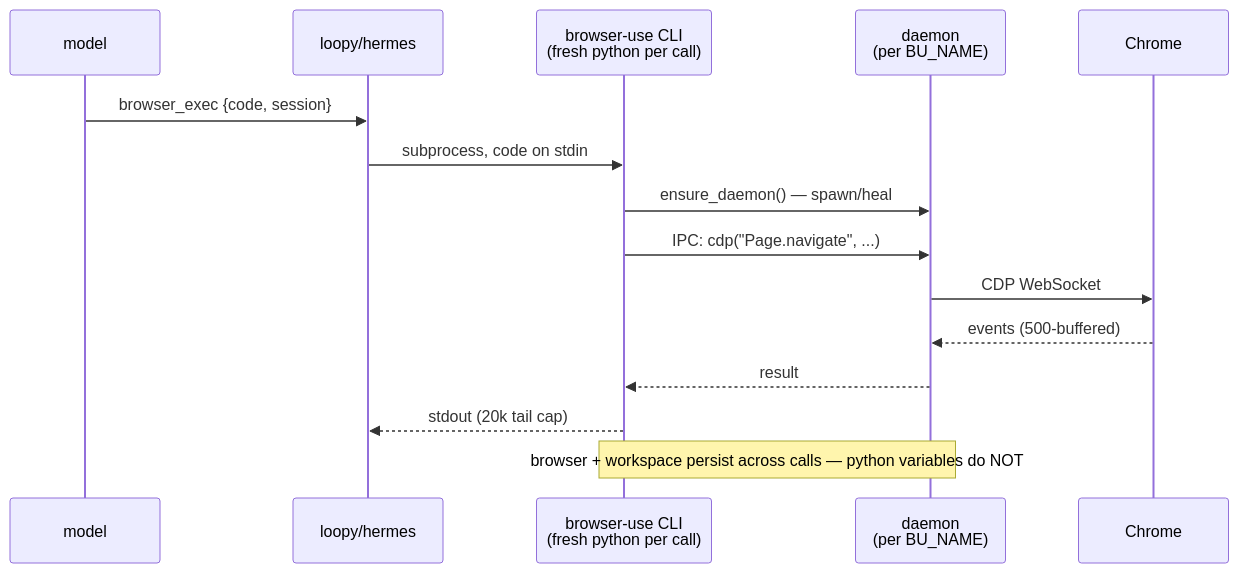
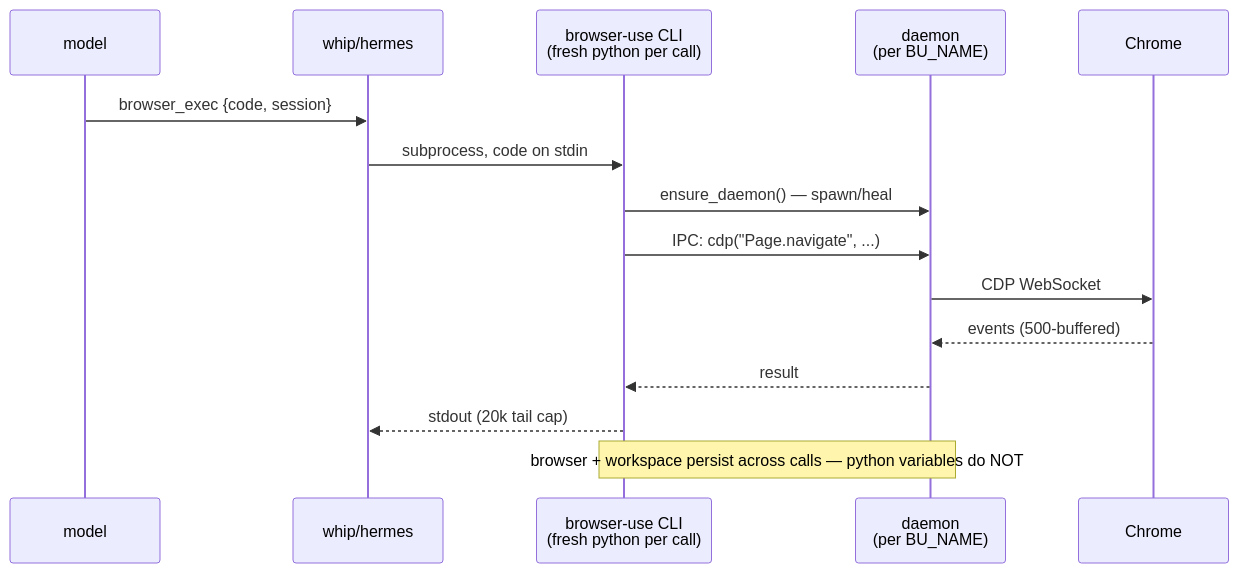
One commit to anish-inf/whip changed the second of 4 diagrams in docs/learnings/browser-use-integration.md. Above: the diagram before and after it, drawn with Mermaid. The commit also changed other lines of this file and 194 other files, not shown here.

First line of the commit message:
Rename loopy to whip throughout

````diff
--- a/docs/learnings/browser-use-integration.md
+++ b/docs/learnings/browser-use-integration.md
@@ -59,17 +59,17 @@
 ```mermaid
 sequenceDiagram
     participant M as model
-    participant L as loopy/hermes
+    participant L as whip/hermes
     participant C as browser-use CLI<br/>(fresh python per call)
     participant D as daemon<br/>(per BU_NAME)
     participant B as Chrome
     M->>L: browser_exec {code, session}
     L->>C: subprocess, code on stdin
     C->>D: ensure_daemon() — spawn/heal
     C->>D: IPC: cdp("Page.navigate", ...)
     D->>B: CDP WebSocket
     B-->>D: events (500-buffered)
     D-->>C: result
     C-->>L: stdout (20k tail cap)
     Note over C,D: browser + workspace persist across calls — python variables do NOT
 ```
````
